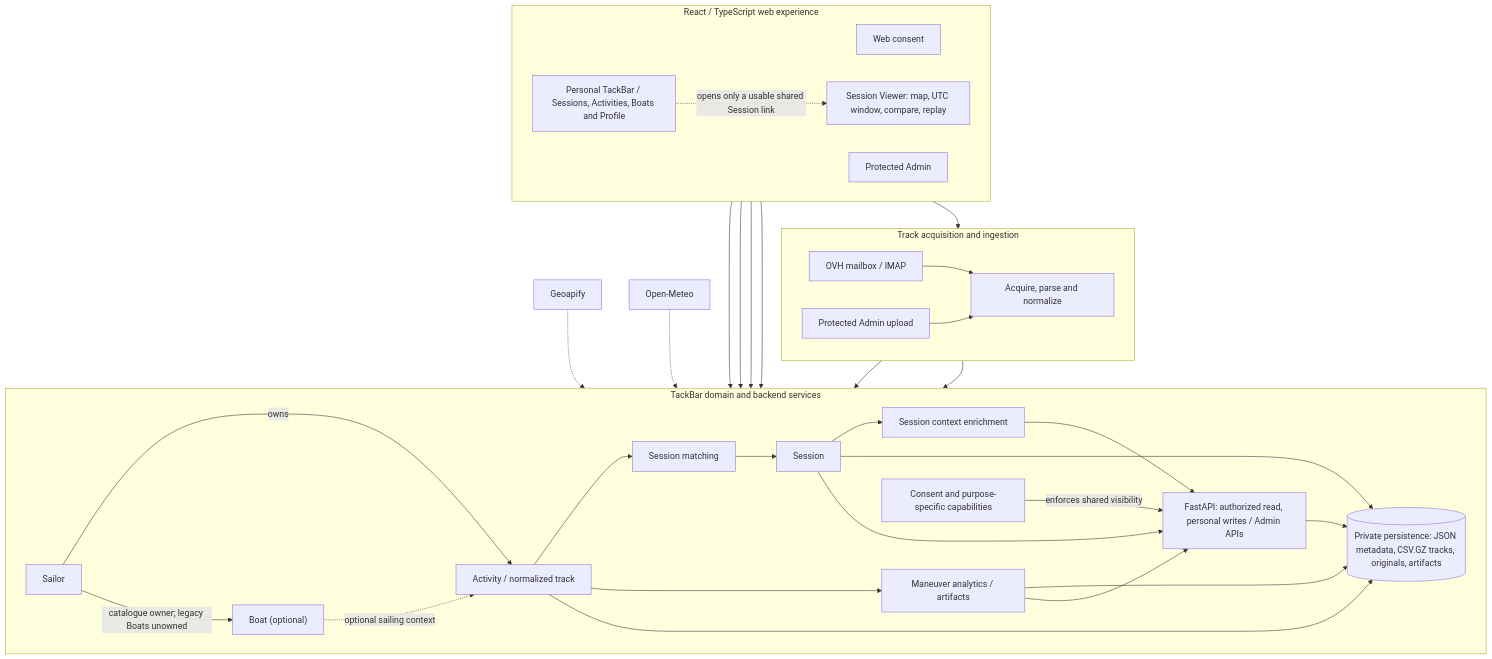
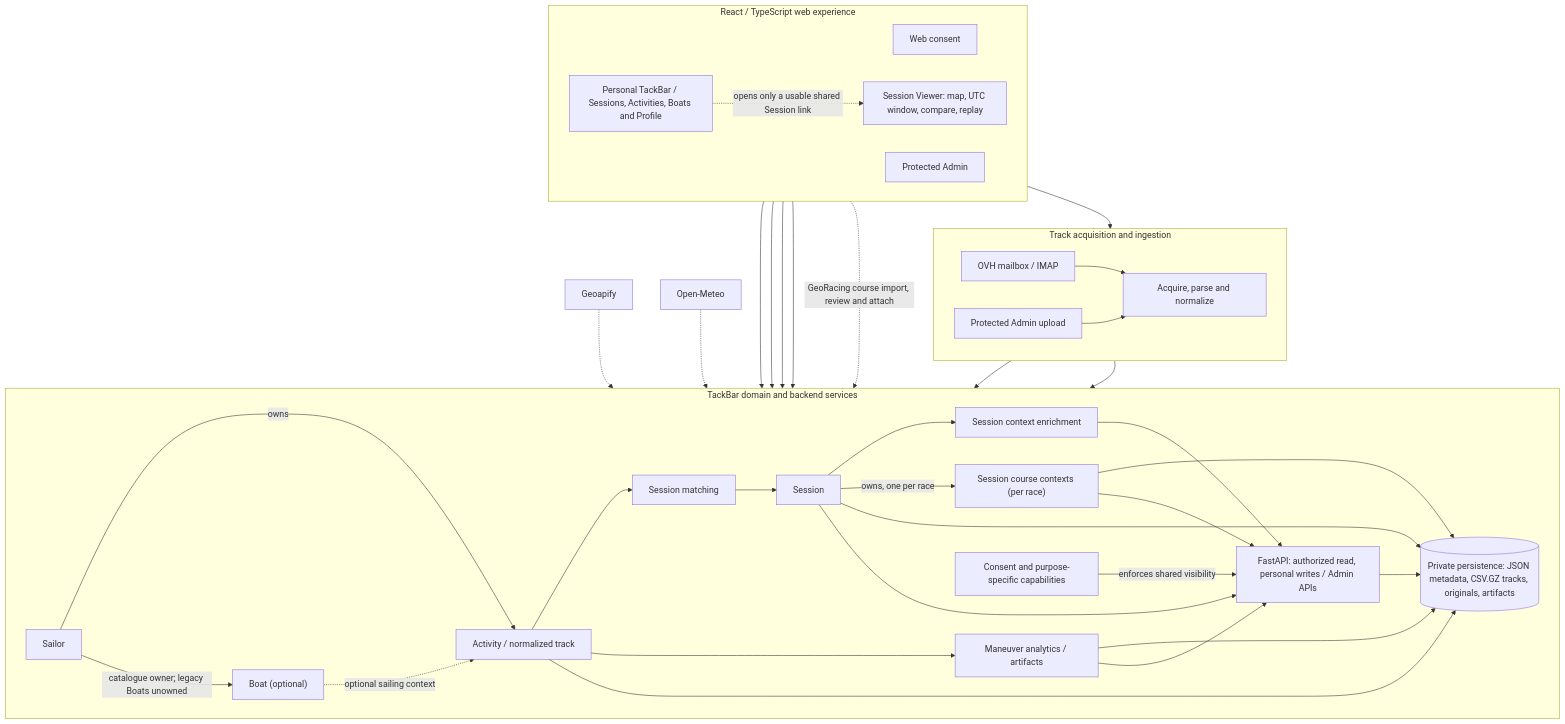
The diagram in docs/current/solution-overview.md (maxsail-project/tackbar), drawn with Mermaid before and after one commit. The commit also changed other lines of this file and 31 other files, not shown here.

First line of the commit message:
feat(courses): persist Session course contexts and render them in the Viewer with

````diff
--- a/docs/current/solution-overview.md
+++ b/docs/current/solution-overview.md
@@ -18,60 +18,65 @@
 ```mermaid
 flowchart TB
   subgraph ACQUISITION["Track acquisition and ingestion"]
     direction LR
     OVH["OVH mailbox / IMAP"]
     UPLOAD["Protected Admin upload"]
     PIPE["Acquire, parse and normalize"]
     OVH --> PIPE
     UPLOAD --> PIPE
   end
 
   subgraph CORE["TackBar domain and backend services"]
     direction LR
     SAILOR["Sailor"]
     BOAT["Boat (optional)"]
     ACT["Activity / normalized track"]
     MATCH["Session matching"]
     SES["Session"]
     ANALYTICS["Maneuver analytics / artifacts"]
     CONTEXT["Session context enrichment"]
+    COURSE["Session course contexts (per race)"]
     ACCESS["Consent and purpose-specific capabilities"]
     API["FastAPI: authorized read, personal writes / Admin APIs"]
     STORE[("Private persistence: JSON metadata, CSV.GZ tracks, originals, artifacts")]
 
     SAILOR -->|"owns"| ACT
     SAILOR -->|"catalogue owner; legacy Boats unowned"| BOAT
     BOAT -.->|"optional sailing context"| ACT
     ACT --> MATCH --> SES
     ACT --> ANALYTICS
     SES --> CONTEXT
+    SES -->|"owns, one per race"| COURSE
+    COURSE --> STORE
+    COURSE --> API
     ACT --> STORE
     SES --> STORE
     ANALYTICS --> STORE
     ACCESS -->|"enforces shared visibility"| API
     SES --> API
     ANALYTICS --> API
     CONTEXT --> API
     API --> STORE
   end
 
   subgraph WEB["React / TypeScript web experience"]
     direction LR
     CONSENT["Web consent"]
     PERSONAL["Personal TackBar / Sessions, Activities, Boats and Profile"]
     VIEWER["Session Viewer: map, UTC window, compare, replay"]
     ADMIN["Protected Admin"]
   end
 
   PIPE --> ACT
   PIPE --> STORE
   CONSENT --> ACCESS
   PERSONAL --> API
   VIEWER --> API
   ADMIN --> API
   ADMIN --> UPLOAD
+  ADMIN -.->|"GeoRacing course import, review and attach"| COURSE
   PERSONAL -.->|"opens only a usable shared Session link"| VIEWER
 
   GEO["Geoapify"] -.-> CONTEXT
   METEO["Open-Meteo"] -.-> CONTEXT
 ```
````
